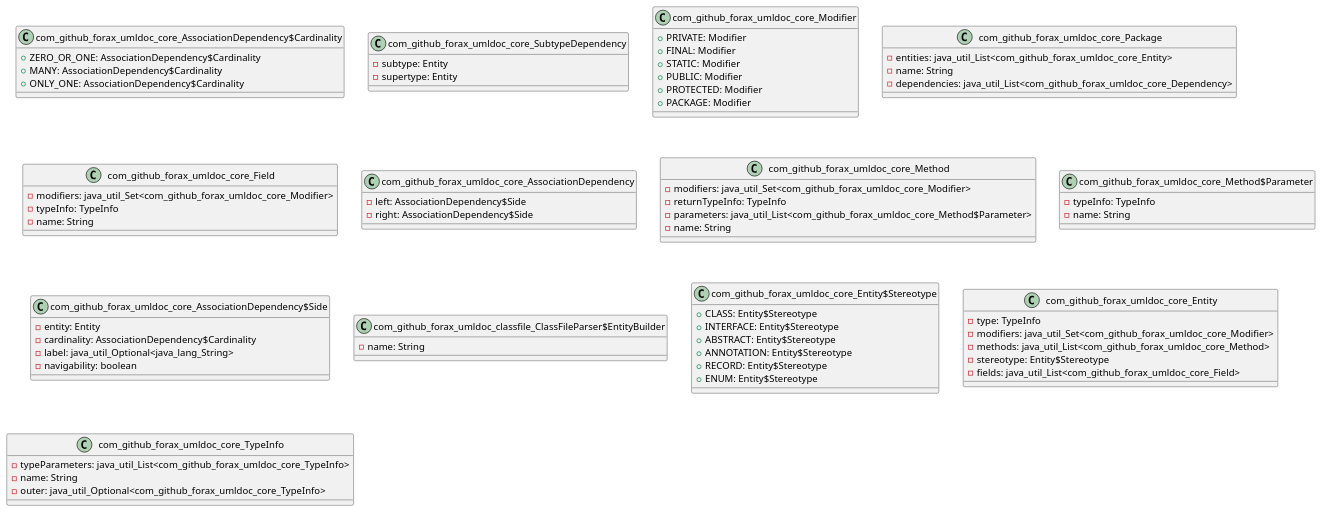
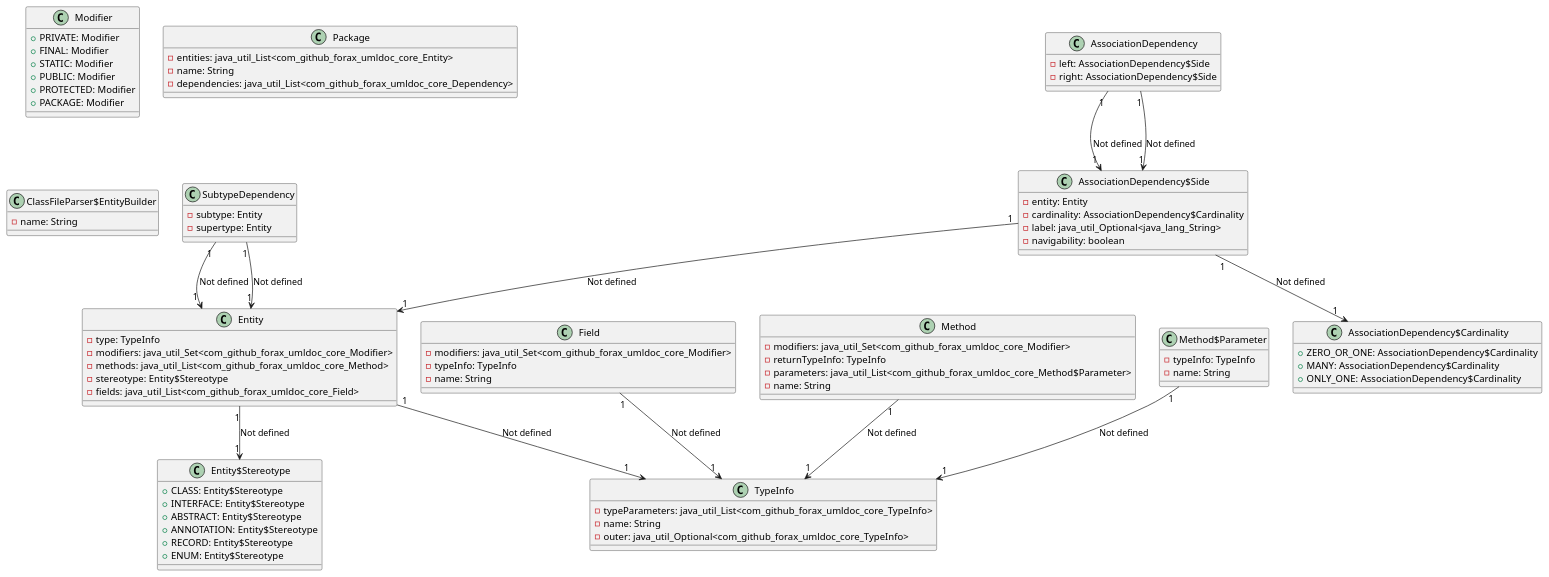
Before and after one commit to AxelBelin/umldocDonneBelinFork: the first of 2 diagrams in src/main/java/com/github/donnebelin/umldoc/test.md, drawn with PlantUML. The commit also changed other lines of this file and 4 other files, not shown here.

```diff
--- a/src/main/java/com/github/donnebelin/umldoc/test.md
+++ b/src/main/java/com/github/donnebelin/umldoc/test.md
@@ -1,17 +1,28 @@
 @startuml
 
-    class com_github_forax_umldoc_core_AssociationDependency$Cardinality {
+SubtypeDependency "1" -->  "1" Entity : Not defined
+SubtypeDependency "1" -->  "1" Entity : Not defined
+Field "1" -->  "1" TypeInfo : Not defined
+AssociationDependency "1" -->  "1" AssociationDependency$Side : Not defined
+AssociationDependency "1" -->  "1" AssociationDependency$Side : Not defined
+Method "1" -->  "1" TypeInfo : Not defined
+Method$Parameter "1" -->  "1" TypeInfo : Not defined
+AssociationDependency$Side "1" -->  "1" Entity : Not defined
+AssociationDependency$Side "1" -->  "1" AssociationDependency$Cardinality : Not defined
+Entity "1" -->  "1" TypeInfo : Not defined
+Entity "1" -->  "1" Entity$Stereotype : Not defined
+    class AssociationDependency$Cardinality {
       +ZERO_OR_ONE: AssociationDependency$Cardinality
 			+MANY: AssociationDependency$Cardinality
 			+ONLY_ONE: AssociationDependency$Cardinality
     }
 
-    class com_github_forax_umldoc_core_SubtypeDependency {
+    class SubtypeDependency {
       -subtype: Entity
 			-supertype: Entity
     }
 
-    class com_github_forax_umldoc_core_Modifier {
+    class Modifier {
       +PRIVATE: Modifier
 			+FINAL: Modifier
 			+STATIC: Modifier
@@ -20,47 +31,47 @@
 			+PACKAGE: Modifier
     }
 
-    class com_github_forax_umldoc_core_Package {
+    class Package {
       -entities: java_util_List<com_github_forax_umldoc_core_Entity>
 			-name: String
 			-dependencies: java_util_List<com_github_forax_umldoc_core_Dependency>
     }
 
-    class com_github_forax_umldoc_core_Field {
+    class Field {
       -modifiers: java_util_Set<com_github_forax_umldoc_core_Modifier>
 			-typeInfo: TypeInfo
 			-name: String
     }
 
-    class com_github_forax_umldoc_core_AssociationDependency {
+    class AssociationDependency {
       -left: AssociationDependency$Side
 			-right: AssociationDependency$Side
     }
 
-    class com_github_forax_umldoc_core_Method {
+    class Method {
       -modifiers: java_util_Set<com_github_forax_umldoc_core_Modifier>
 			-returnTypeInfo: TypeInfo
 			-parameters: java_util_List<com_github_forax_umldoc_core_Method$Parameter>
 			-name: String
     }
 
-    class com_github_forax_umldoc_core_Method$Parameter {
+    class Method$Parameter {
       -typeInfo: TypeInfo
 			-name: String
     }
 
-    class com_github_forax_umldoc_core_AssociationDependency$Side {
+    class AssociationDependency$Side {
       -entity: Entity
 			-cardinality: AssociationDependency$Cardinality
 			-label: java_util_Optional<java_lang_String>
 			-navigability: boolean
     }
 
-    class com_github_forax_umldoc_classfile_ClassFileParser$EntityBuilder {
+    class ClassFileParser$EntityBuilder {
       -name: String
     }
 
-    class com_github_forax_umldoc_core_Entity$Stereotype {
+    class Entity$Stereotype {
       +CLASS: Entity$Stereotype
 			+INTERFACE: Entity$Stereotype
 			+ABSTRACT: Entity$Stereotype
@@ -69,7 +80,7 @@
 			+ENUM: Entity$Stereotype
     }
 
-    class com_github_forax_umldoc_core_Entity {
+    class Entity {
       -type: TypeInfo
 			-modifiers: java_util_Set<com_github_forax_umldoc_core_Modifier>
 			-methods: java_util_List<com_github_forax_umldoc_core_Method>
@@ -77,7 +88,7 @@
 			-fields: java_util_List<com_github_forax_umldoc_core_Field>
     }
 
-    class com_github_forax_umldoc_core_TypeInfo {
+    class TypeInfo {
       -typeParameters: java_util_List<com_github_forax_umldoc_core_TypeInfo>
 			-name: String
 			-outer: java_util_Optional<com_github_forax_umldoc_core_TypeInfo>
```
